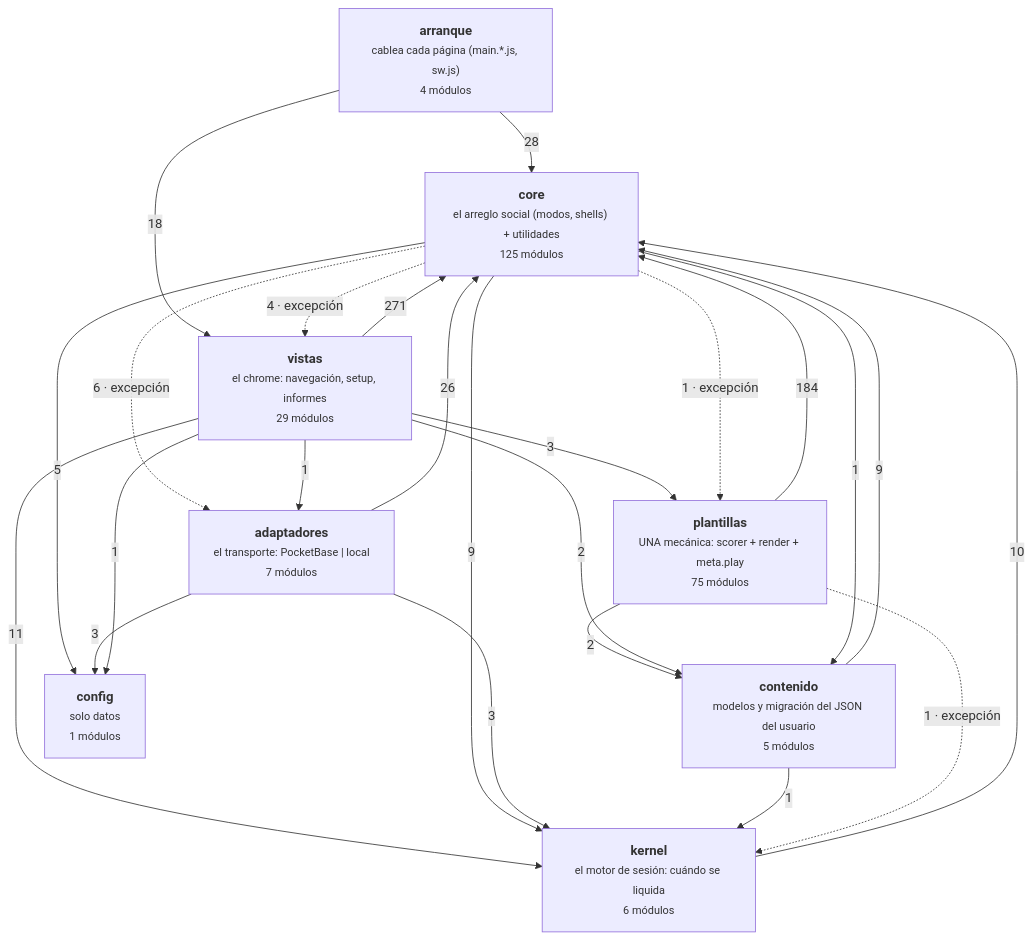
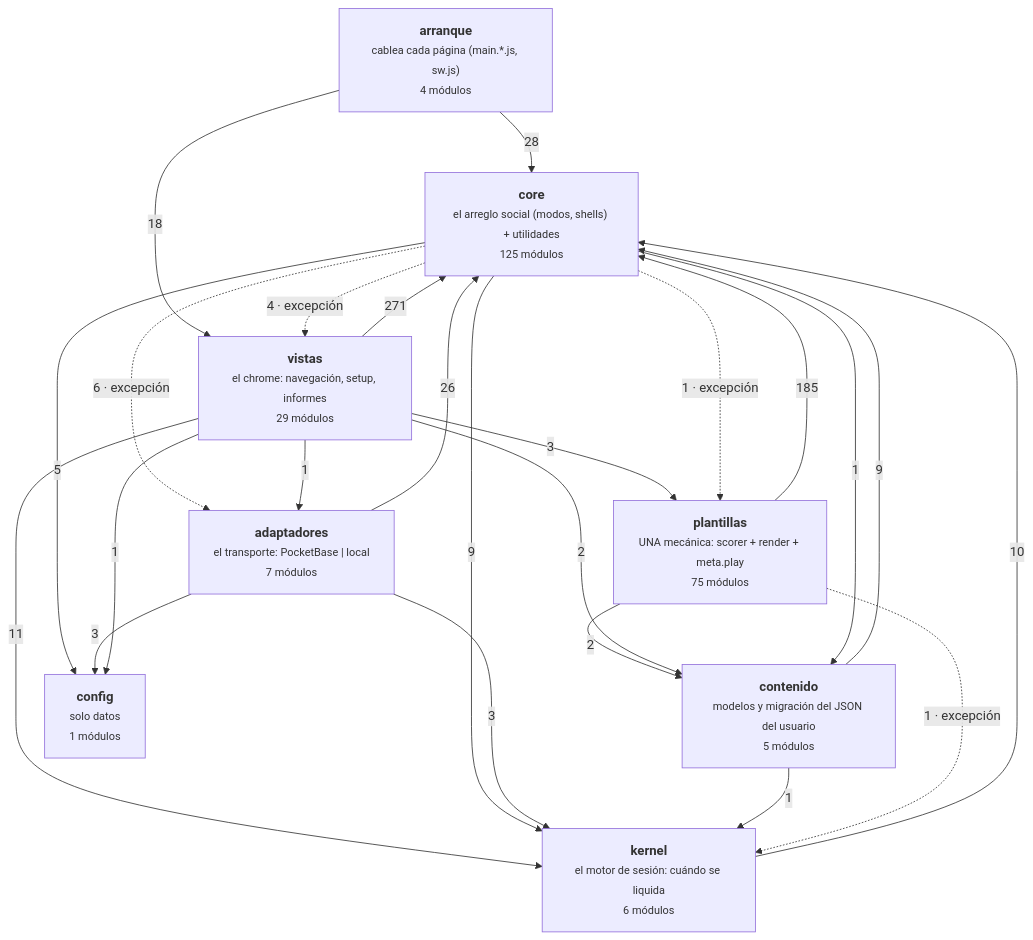
One commit to duecaz/ac changed the diagram in docs/arquitectura-modulos.md. Above: the diagram before and after it, drawn with Mermaid. The commit also changed other lines of this file and 6 other files, not shown here.

First line of the commit message:
El dibujo del diagrama deja de ser una foto de enunciado (v1.51.468)

````diff
--- a/docs/arquitectura-modulos.md
+++ b/docs/arquitectura-modulos.md
@@ -56,34 +56,34 @@
 ```mermaid
 graph TD
   A["<b>arranque</b><br/><small>cablea cada página (main.*.js, sw.js)</small><br/><small>4 módulos</small>"]
   V["<b>vistas</b><br/><small>el chrome: navegación, setup, informes</small><br/><small>29 módulos</small>"]
   AD["<b>adaptadores</b><br/><small>el transporte: PocketBase | local</small><br/><small>7 módulos</small>"]
   C["<b>core</b><br/><small>el arreglo social (modos, shells) + utilidades</small><br/><small>125 módulos</small>"]
   K["<b>kernel</b><br/><small>el motor de sesión: cuándo se liquida</small><br/><small>6 módulos</small>"]
   T["<b>plantillas</b><br/><small>UNA mecánica: scorer + render + meta.play</small><br/><small>75 módulos</small>"]
   CO["<b>contenido</b><br/><small>modelos y migración del JSON del usuario</small><br/><small>5 módulos</small>"]
   CF["<b>config</b><br/><small>solo datos</small><br/><small>1 módulos</small>"]
   V -->|271| C
-  T -->|184| C
+  T -->|185| C
   A -->|28| C
   AD -->|26| C
   A -->|18| V
   V -->|11| K
   K -->|10| C
   C -->|9| K
   CO -->|9| C
   C -.->|6 · excepción| AD
   C -->|5| CF
   C -.->|4 · excepción| V
   AD -->|3| CF
   AD -->|3| K
   V -->|3| T
   T -->|2| CO
   V -->|2| CO
   C -.->|1 · excepción| T
   C -->|1| CO
   CO -->|1| K
   T -.->|1 · excepción| K
   V -->|1| AD
   V -->|1| CF
 ```
````
